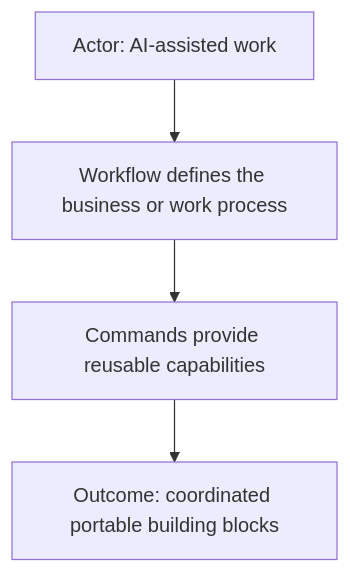
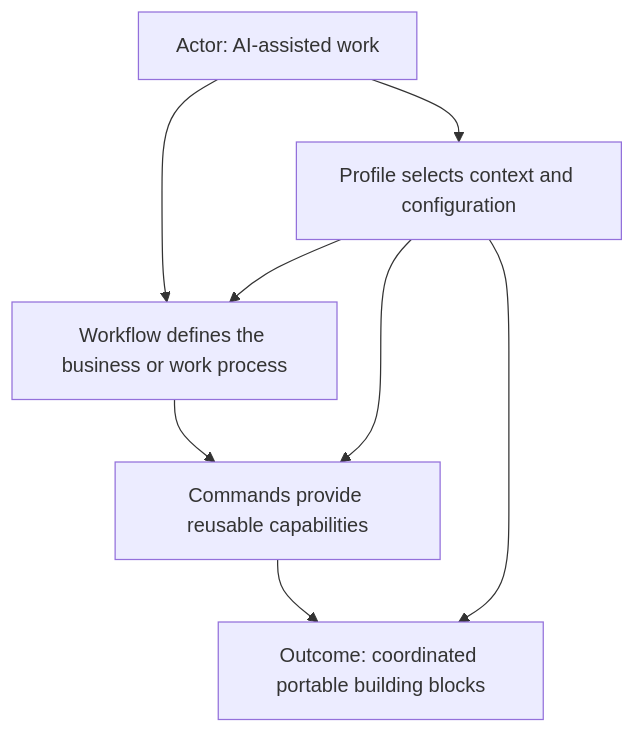
The second of 3 diagrams in README.md (starodubtsevconsulting/ai), drawn with Mermaid before and after one commit. The commit also changed other lines of this file, not shown here.

Commit message:
Add AI Profile to public collection

````diff
--- a/README.md
+++ b/README.md
@@ -23,7 +25,11 @@
 ```mermaid
 flowchart TD
   Actor["Actor: AI-assisted work"]
   Actor --> Workflow["Workflow defines the business or work process"]
   Workflow --> Commands["Commands provide reusable capabilities"]
+  Actor --> Profile["Profile selects context and configuration"]
+  Profile --> Workflow
+  Profile --> Commands
   Commands --> Outcome["Outcome: coordinated portable building blocks"]
+  Profile --> Outcome
 ```
````
